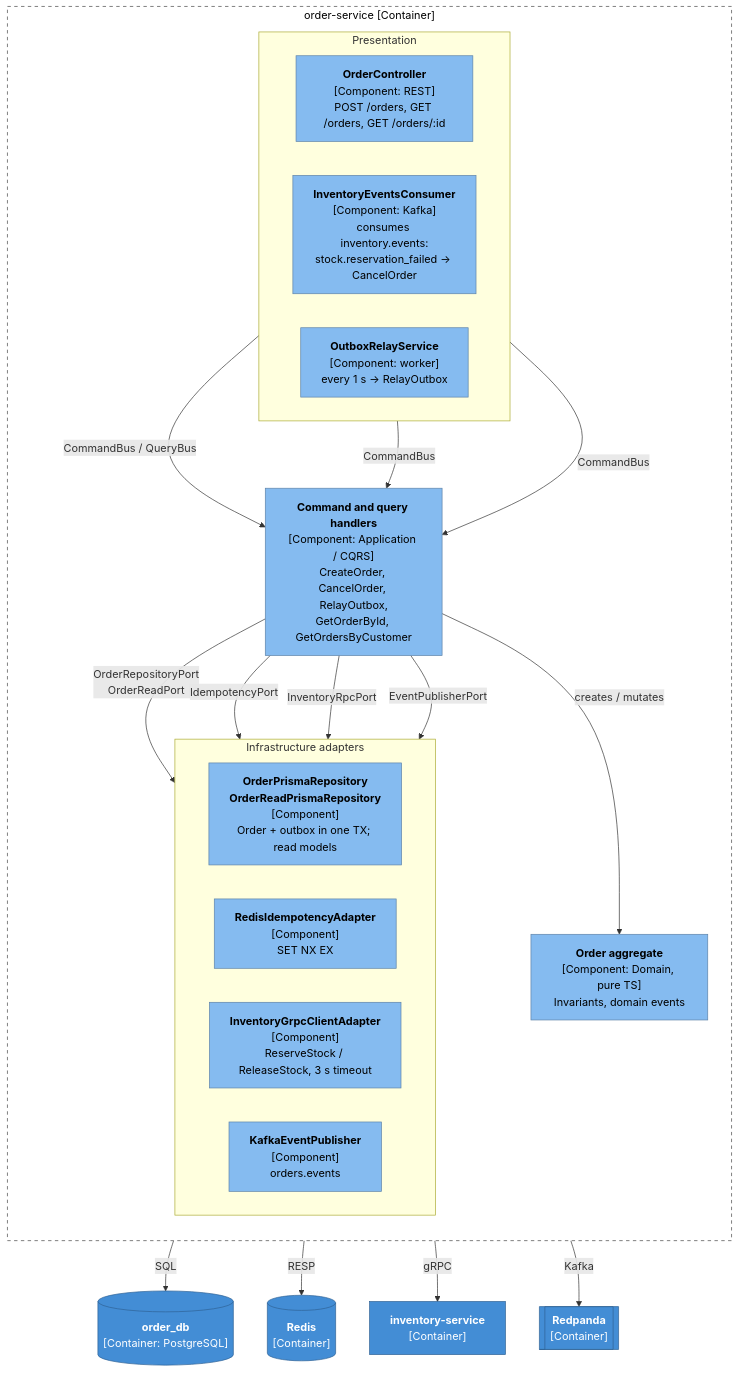
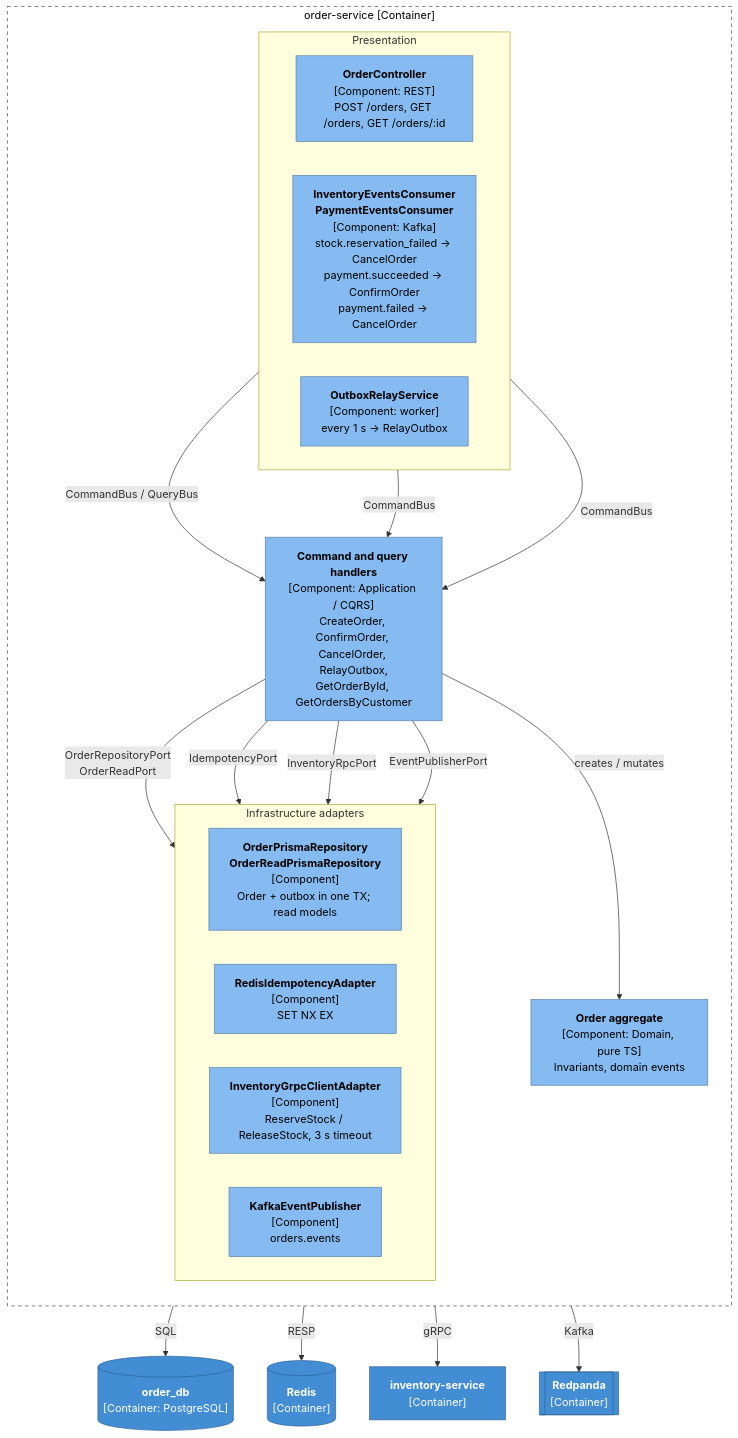
Before and after one commit to NamCaoDev/nestjs-ecommerce: the fourth of 11 diagrams in docs/system-design.md, drawn with Mermaid. The commit also changed other lines of this file and 330 other files, not shown here.

````diff
--- a/docs/system-design.md
+++ b/docs/system-design.md
@@ -111,44 +134,44 @@
 ```mermaid
 flowchart TB
   subgraph svc["order-service [Container]"]
     direction TB
     subgraph presentation["Presentation"]
       direction LR
       ctrl["<b>OrderController</b><br/>[Component: REST]<br/>POST /orders, GET /orders, GET /orders/:id"]:::component
-      consumer["<b>InventoryEventsConsumer</b><br/>[Component: Kafka]<br/>consumes inventory.events:<br/>stock.reservation_failed → CancelOrder"]:::component
+      consumer["<b>InventoryEventsConsumer<br/>PaymentEventsConsumer</b><br/>[Component: Kafka]<br/>stock.reservation_failed → CancelOrder<br/>payment.succeeded → ConfirmOrder<br/>payment.failed → CancelOrder"]:::component
       relay["<b>OutboxRelayService</b><br/>[Component: worker]<br/>every 1 s → RelayOutbox"]:::component
     end
-    handlers["<b>Command and query handlers</b><br/>[Component: Application / CQRS]<br/>CreateOrder, CancelOrder, RelayOutbox,<br/>GetOrderById, GetOrdersByCustomer"]:::component
+    handlers["<b>Command and query handlers</b><br/>[Component: Application / CQRS]<br/>CreateOrder, ConfirmOrder, CancelOrder, RelayOutbox,<br/>GetOrderById, GetOrdersByCustomer"]:::component
     domain["<b>Order aggregate</b><br/>[Component: Domain, pure TS]<br/>Invariants, domain events"]:::component
     subgraph infrastructure["Infrastructure adapters"]
       direction LR
       repo["<b>OrderPrismaRepository<br/>OrderReadPrismaRepository</b><br/>[Component]<br/>Order + outbox in one TX; read models"]:::component
       idem["<b>RedisIdempotencyAdapter</b><br/>[Component]<br/>SET NX EX"]:::component
       grpc["<b>InventoryGrpcClientAdapter</b><br/>[Component]<br/>ReserveStock / ReleaseStock, 3 s timeout"]:::component
       pub["<b>KafkaEventPublisher</b><br/>[Component]<br/>orders.events"]:::component
     end
   end
   orderDb[("<b>order_db</b><br/>[Container: PostgreSQL]")]:::container
   redis[("<b>Redis</b><br/>[Container]")]:::container
   inventory["<b>inventory-service</b><br/>[Container]"]:::container
   kafka[["<b>Redpanda</b><br/>[Container]"]]:::container
   ctrl -- "CommandBus / QueryBus" --> handlers
   consumer -- "CommandBus" --> handlers
   relay -- "CommandBus" --> handlers
   handlers -- "creates / mutates" --> domain
   handlers -- "OrderRepositoryPort<br/>OrderReadPort" --> repo
   handlers -- "IdempotencyPort" --> idem
   handlers -- "InventoryRpcPort" --> grpc
   handlers -- "EventPublisherPort" --> pub
   repo -- "SQL" --> orderDb
   idem -- "RESP" --> redis
   grpc -- "gRPC" --> inventory
   pub -- "Kafka" --> kafka
   classDef person fill:#08427b,stroke:#052e56,color:#fff
   classDef system fill:#1168bd,stroke:#0b4884,color:#fff
   classDef external fill:#999999,stroke:#6b6b6b,color:#fff
   classDef container fill:#438dd5,stroke:#2e6295,color:#fff
   classDef component fill:#85bbf0,stroke:#5d82a8,color:#000
   classDef boundary fill:#ffffff,stroke:#444,stroke-dasharray:5 5,color:#000
   class svc boundary
 ```
````
